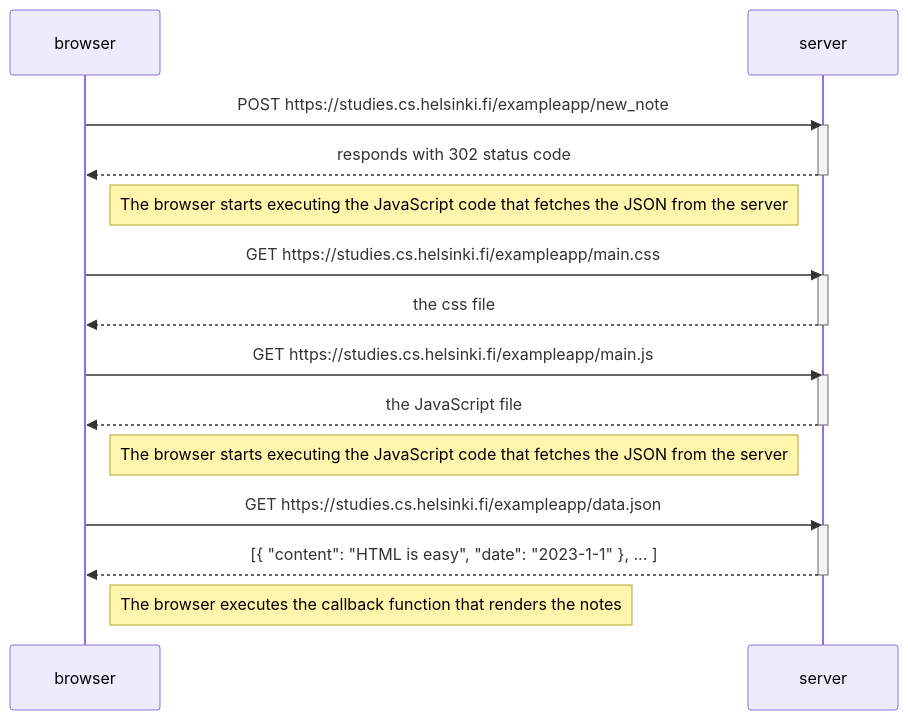
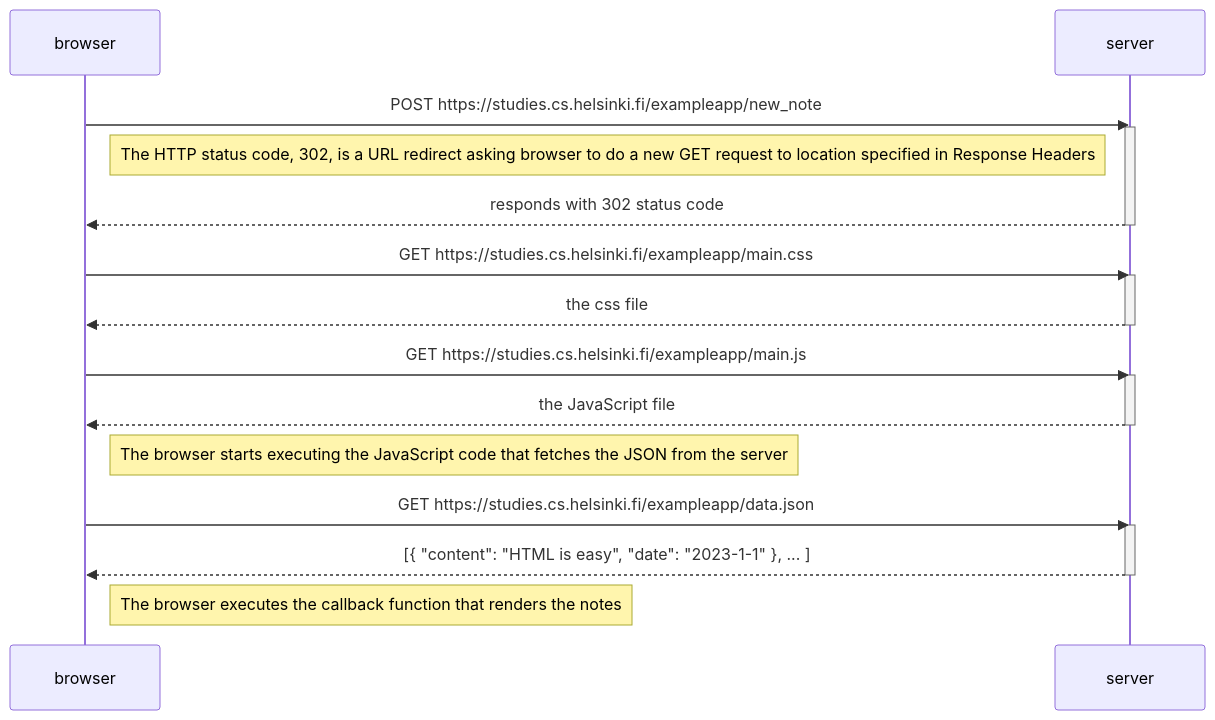
Before and after one commit to git-busy/freeStackOpen: the diagram in part0/0.4_new_note_diagram.mmd, drawn with Mermaid.

```diff
--- a/part0/0.4_new_note_diagram.mmd
+++ b/part0/0.4_new_note_diagram.mmd
@@ -1,28 +1,28 @@
 sequenceDiagram
     participant browser
     participant server
 
     browser->>server: POST https://studies.cs.helsinki.fi/exampleapp/new_note
     activate server
+    Note right of browser: The HTTP status code, 302, is a URL redirect asking browser to do a new GET request to location specified in Response Headers
     server-->>browser: responds with 302 status code
     deactivate server
-    Note right of browser: The browser starts executing the JavaScript code that fetches the JSON from the server
 
     browser->>server: GET https://studies.cs.helsinki.fi/exampleapp/main.css
     activate server
     server-->>browser: the css file
     deactivate server
 
     browser->>server: GET https://studies.cs.helsinki.fi/exampleapp/main.js
     activate server
     server-->>browser: the JavaScript file
     deactivate server
 
     Note right of browser: The browser starts executing the JavaScript code that fetches the JSON from the server
 
     browser->>server: GET https://studies.cs.helsinki.fi/exampleapp/data.json
     activate server
     server-->>browser: [{ "content": "HTML is easy", "date": "2023-1-1" }, ... ]
     deactivate server
 
     Note right of browser: The browser executes the callback function that renders the notes
```
